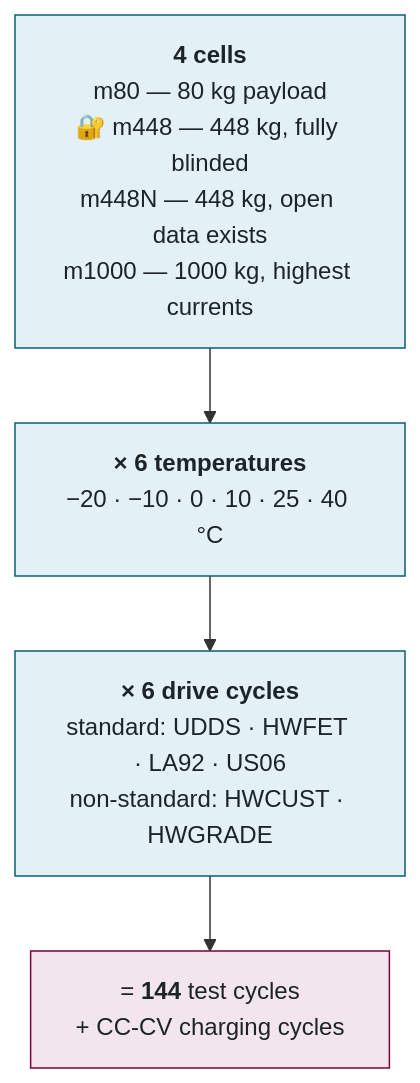
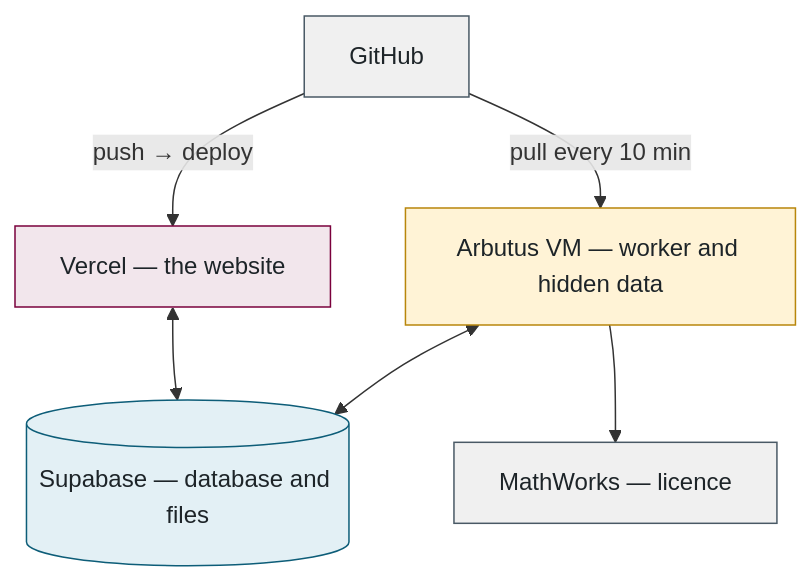
Diagram 14 of 15 in docs/walkthrough/ALL-IN-ONE.md (McMaster-Battery-Research-Group/battery-soc-benchmark), drawn with Mermaid before and after one commit. The commit also changed other lines of this file and 53 other files, not shown here.

Commit message:
Walkthrough: rewritten shorter and plainer — 12 parts, 15 flat diagrams, glossary and reference tables at the back, no icons

````diff
--- a/docs/walkthrough/ALL-IN-ONE.md
+++ b/docs/walkthrough/ALL-IN-ONE.md
@@ -631,12 +441,16 @@
 ```mermaid
 flowchart TB
-    C["<b>4 cells</b><br/>m80 — 80 kg payload<br/>🔐 m448 — 448 kg, fully blinded<br/>m448N — 448 kg, open data exists<br/>m1000 — 1000 kg, highest currents"]
-    T["<b>× 6 temperatures</b><br/>−20 · −10 · 0 · 10 · 25 · 40 °C"]
-    Y["<b>× 6 drive cycles</b><br/>standard: UDDS · HWFET · LA92 · US06<br/>non-standard: HWCUST · HWGRADE"]
-    TOT["= <b>144</b> test cycles<br/>+ CC-CV charging cycles"]
-    C --> T --> Y --> TOT
+    G["GitHub"] -- "push → deploy" --> V["Vercel — the website"]
+    G -- "pull every 10 min" --> M["Arbutus VM — worker and hidden data"]
+    V <--> S[("Supabase — database and files")]
+    M <--> S
+    M --> L["MathWorks — licence"]
+    classDef ext fill:#F0F0F0,stroke:#495965,color:#1d2428
+    classDef web fill:#F2E6EC,stroke:#7A003C,color:#1d2428
+    classDef worker fill:#FFF3D6,stroke:#B8860B,color:#1d2428
     classDef data fill:#E3F0F5,stroke:#0D5D78,color:#1d2428
-    classDef web fill:#F2E6EC,stroke:#7A003C,color:#1d2428
-    class C,T,Y data
-    class TOT web
+    class G,L ext
+    class V web
+    class M worker
+    class S data
 ```
````
